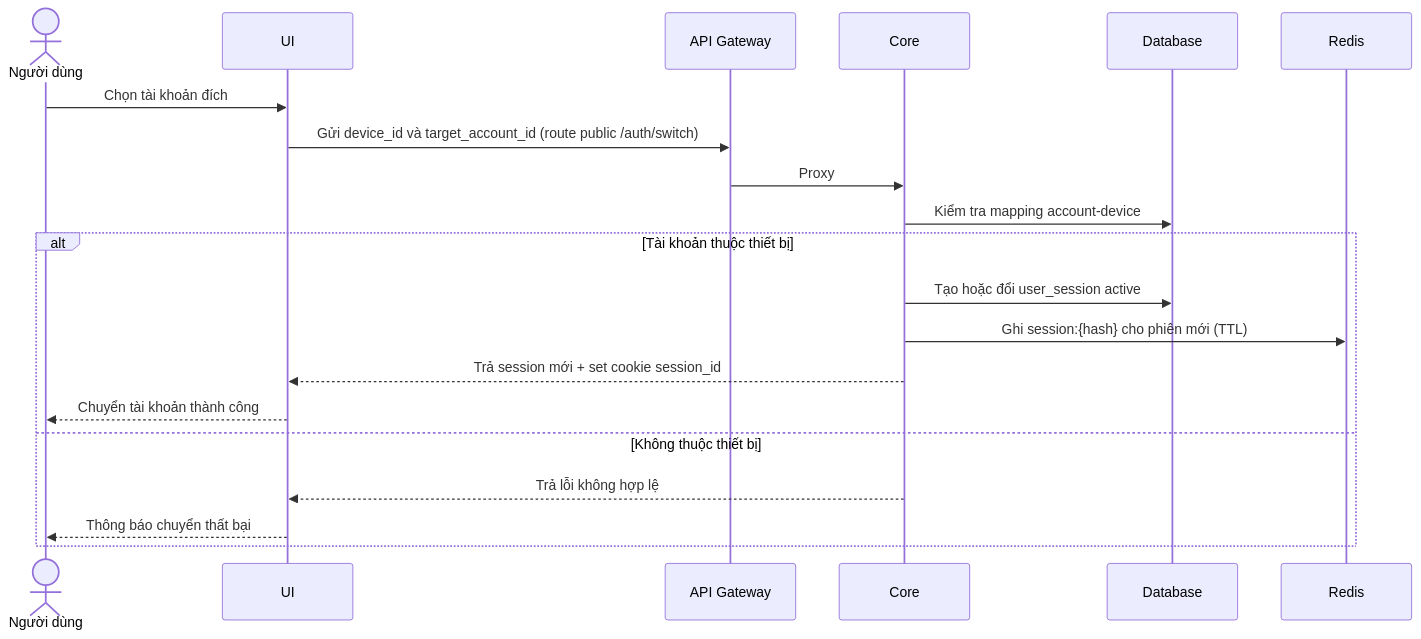
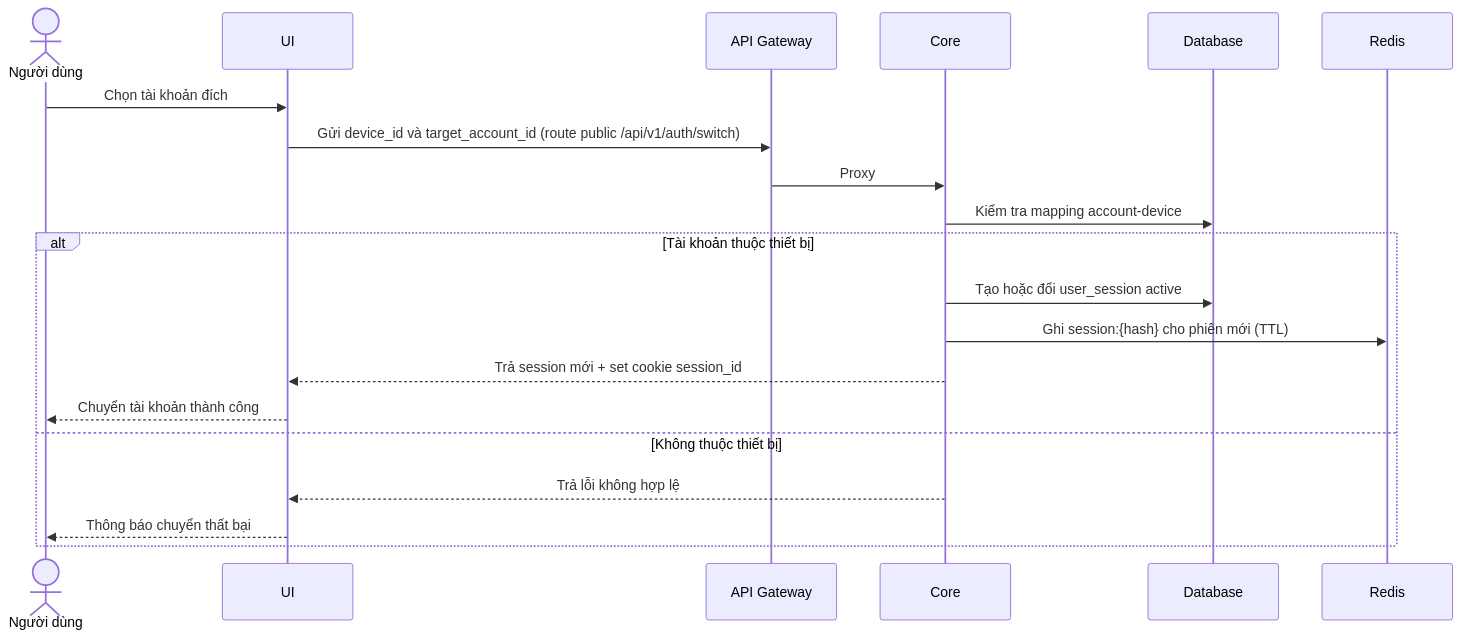
Before and after one commit to CVThien2k2/joytab: the fourth of 6 diagrams in docs/thiet-ke-he-thong-20260522.md, drawn with Mermaid. The commit also changed other lines of this file and 3 other files, not shown here.

````diff
--- a/docs/thiet-ke-he-thong-20260522.md
+++ b/docs/thiet-ke-he-thong-20260522.md
@@ -107,23 +107,23 @@
 ```mermaid
 sequenceDiagram
   actor ND as Người dùng
   participant UI
   participant GW as API Gateway
   participant API as Core
   participant DB as Database
   participant RD as Redis
 
   ND->>UI: Chọn tài khoản đích
-  UI->>GW: Gửi device_id và target_account_id (route public /auth/switch)
+  UI->>GW: Gửi device_id và target_account_id (route public /api/v1/auth/switch)
   GW->>API: Proxy
   API->>DB: Kiểm tra mapping account-device
   alt Tài khoản thuộc thiết bị
     API->>DB: Tạo hoặc đổi user_session active
     API->>RD: Ghi session:{hash} cho phiên mới (TTL)
     API-->>UI: Trả session mới + set cookie session_id
     UI-->>ND: Chuyển tài khoản thành công
   else Không thuộc thiết bị
     API-->>UI: Trả lỗi không hợp lệ
     UI-->>ND: Thông báo chuyển thất bại
   end
 ```
````
